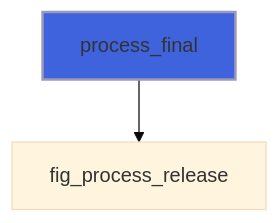
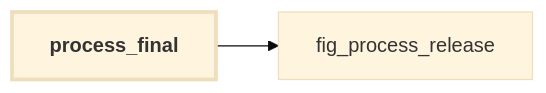
The fifth of 16 diagrams in docs/api/src/lib/figure_process.md (szaghi/figure), drawn with Mermaid (base theme) before and after one commit. The commit also changed other lines of this file and 54 other files, not shown here.

````diff
--- a/docs/api/src/lib/figure_process.md
+++ b/docs/api/src/lib/figure_process.md
@@ -252,5 +276,7 @@
 ```mermaid
-flowchart TD
+flowchart LR
   process_final["process_final"] --> fig_process_release["fig_process_release"]
-  style process_final fill:#3e63dd,stroke:#99b,stroke-width:2px
+  classDef focus stroke-width:3px,font-weight:bold
+  class process_final focus
+  click fig_process_release href "figure_c_native.html#fig-process-release" "fig_process_release"
 ```
````
